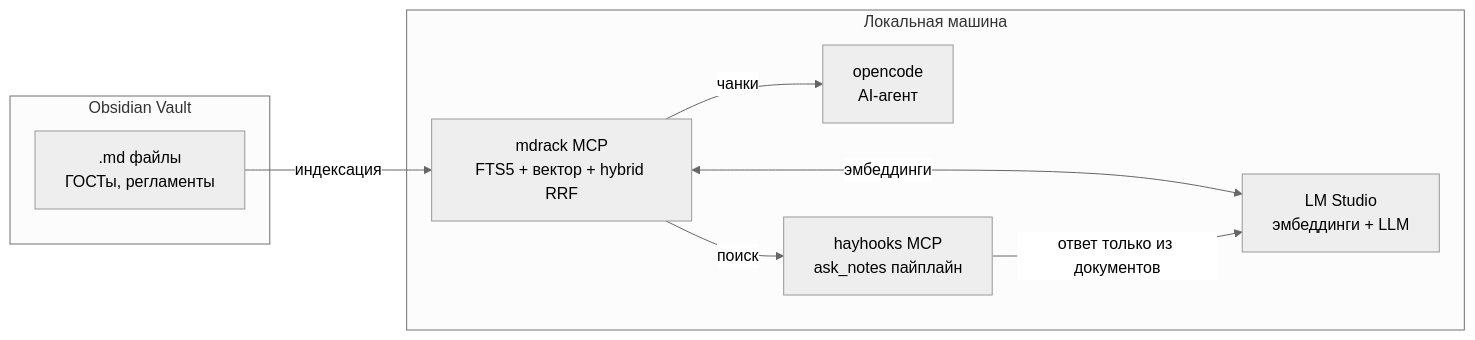
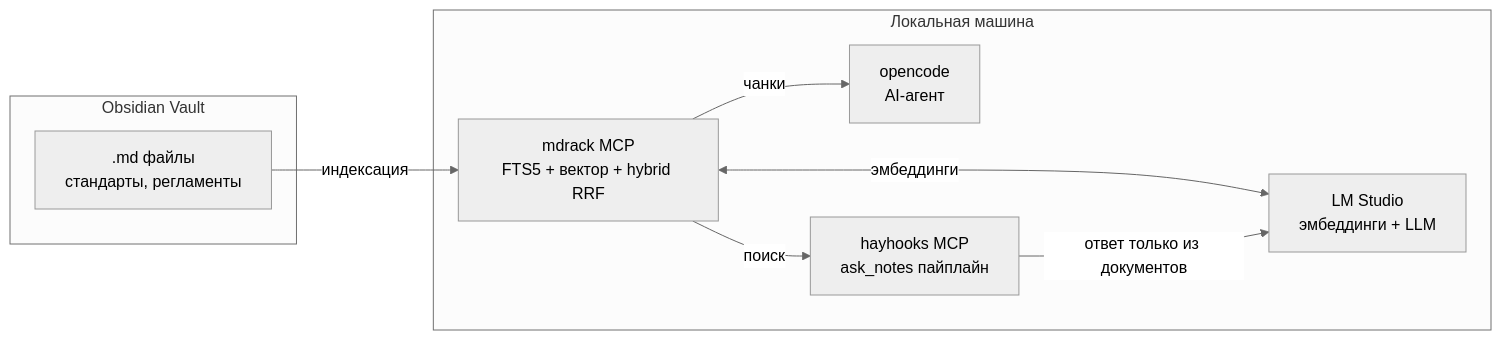
One commit to diana-AI-coder/digital-engineer-assistant changed the diagram in README.md. Above: the diagram before and after it, drawn with Mermaid (neutral theme). The commit also changed other lines of this file and 4 other files, not shown here.

````diff
--- a/README.md
+++ b/README.md
@@ -35,19 +35,19 @@
 ```mermaid
 flowchart LR
     subgraph vault [Obsidian Vault]
-        MD[.md файлы<br/>ГОСТы, регламенты]
+        MD[.md файлы<br/>стандарты, регламенты]
     end
 
     subgraph local [Локальная машина]
         LM[LM Studio<br/>эмбеддинги + LLM]
         MDR[mdrack MCP<br/>FTS5 + вектор + hybrid RRF]
         AG[opencode<br/>AI-агент]
         HH[hayhooks MCP<br/>ask_notes пайплайн]
     end
 
     MD -->|индексация| MDR
     MDR <-->|эмбеддинги| LM
     MDR -->|чанки| AG
     HH -->|ответ только из документов| LM
     MDR -->|поиск| HH
 ```
````
